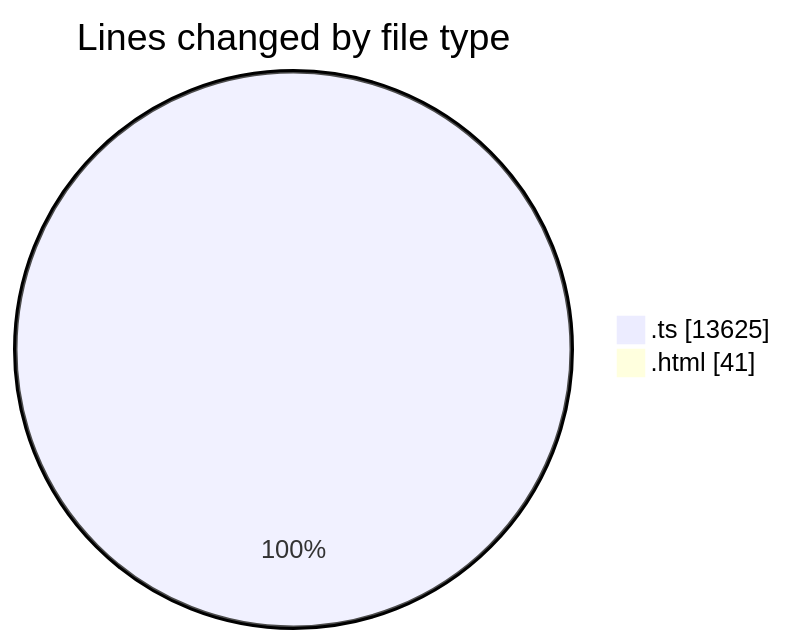
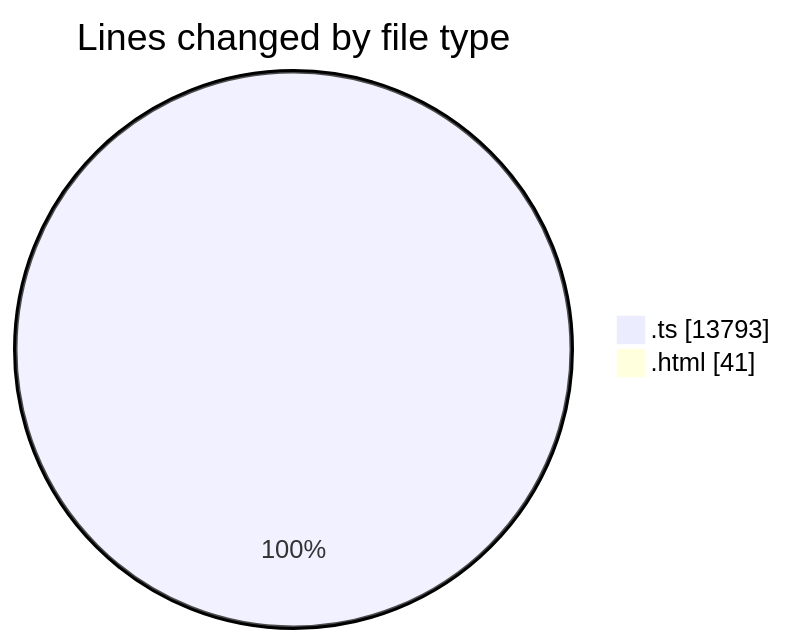
Before and after one commit to tmsrecording-cyber/code-tracking: the first of 2 diagrams in 2026-02-08/singularitybrainai/README.md, drawn with Mermaid. The commit also changed other lines of this file and 1 other file, not shown here.

````diff
--- a/2026-02-08/singularitybrainai/README.md
+++ b/2026-02-08/singularitybrainai/README.md
@@ -38,6 +38,6 @@
 ```mermaid
 pie showData
 title Lines changed by file type
-".ts" : 13625
+".ts" : 13793
 ".html" : 41
 ```
````
